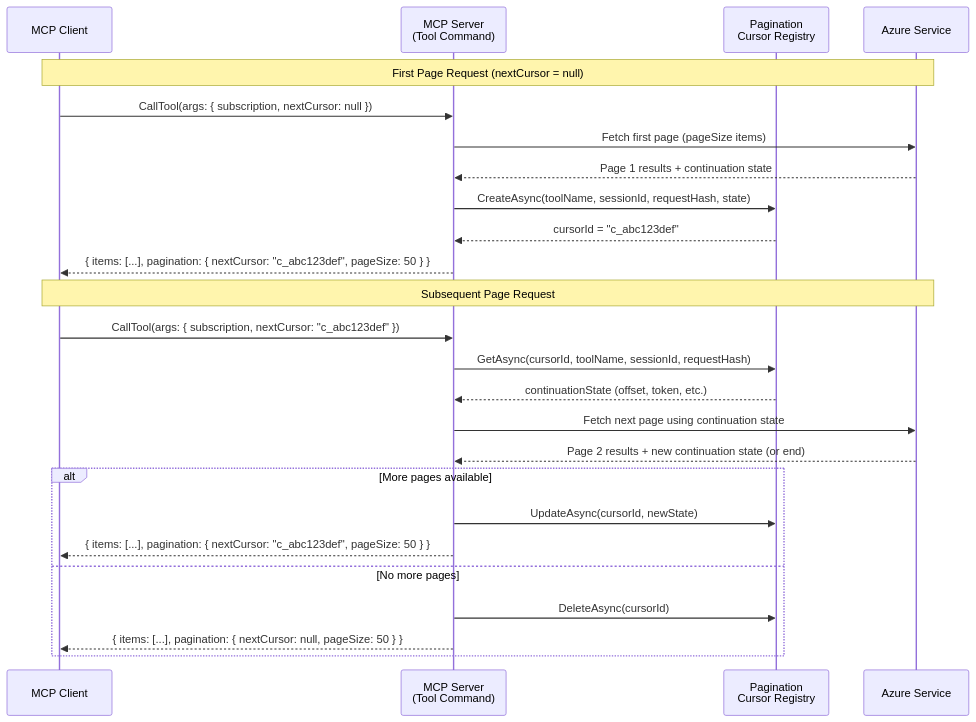
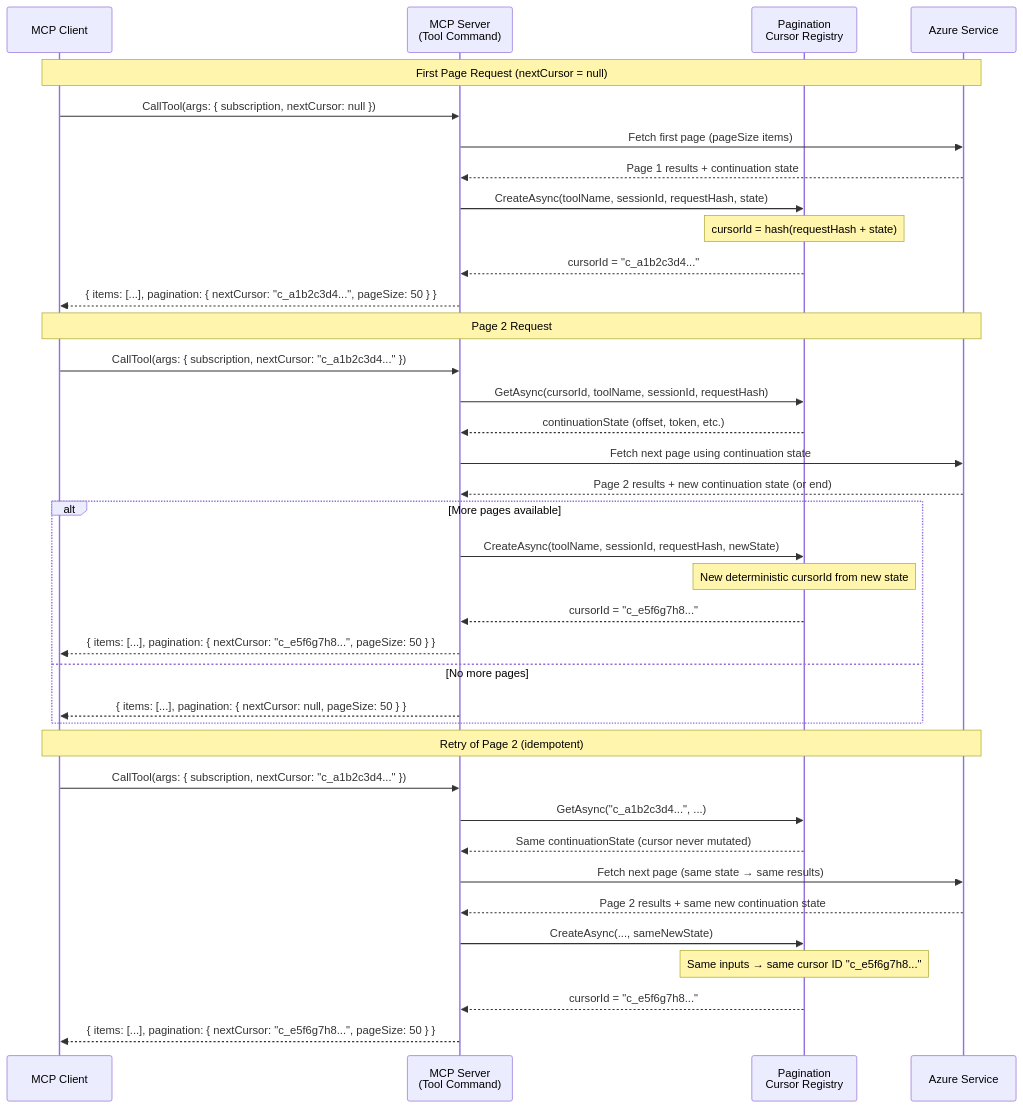
One commit to srnagar/mcp changed the third of 4 diagrams in docs/design/pagination-design-proposal.md. Above: the diagram before and after it, drawn with Mermaid. The commit also changed other lines of this file and 6 other files, not shown here.

````diff
--- a/docs/design/pagination-design-proposal.md
+++ b/docs/design/pagination-design-proposal.md
@@ -292,29 +309,42 @@
 ```mermaid
 sequenceDiagram
     participant Client as MCP Client
     participant Server as MCP Server<br/>(Tool Command)
     participant Registry as Pagination<br/>Cursor Registry
     participant Azure as Azure Service
 
     Note over Client,Azure: First Page Request (nextCursor = null)
     Client->>Server: CallTool(args: { subscription, nextCursor: null })
     Server->>Azure: Fetch first page (pageSize items)
     Azure-->>Server: Page 1 results + continuation state
     Server->>Registry: CreateAsync(toolName, sessionId, requestHash, state)
-    Registry-->>Server: cursorId = "c_abc123def"
-    Server-->>Client: { items: [...], pagination: { nextCursor: "c_abc123def", pageSize: 50 } }
+    Note over Registry: cursorId = hash(requestHash + state)
+    Registry-->>Server: cursorId = "c_a1b2c3d4..."
+    Server-->>Client: { items: [...], pagination: { nextCursor: "c_a1b2c3d4...", pageSize: 50 } }
 
-    Note over Client,Azure: Subsequent Page Request
-    Client->>Server: CallTool(args: { subscription, nextCursor: "c_abc123def" })
+    Note over Client,Azure: Page 2 Request
+    Client->>Server: CallTool(args: { subscription, nextCursor: "c_a1b2c3d4..." })
     Server->>Registry: GetAsync(cursorId, toolName, sessionId, requestHash)
     Registry-->>Server: continuationState (offset, token, etc.)
     Server->>Azure: Fetch next page using continuation state
     Azure-->>Server: Page 2 results + new continuation state (or end)
     alt More pages available
-        Server->>Registry: UpdateAsync(cursorId, newState)
-        Server-->>Client: { items: [...], pagination: { nextCursor: "c_abc123def", pageSize: 50 } }
+        Server->>Registry: CreateAsync(toolName, sessionId, requestHash, newState)
+        Note over Registry: New deterministic cursorId from new state
+        Registry-->>Server: cursorId = "c_e5f6g7h8..."
+        Server-->>Client: { items: [...], pagination: { nextCursor: "c_e5f6g7h8...", pageSize: 50 } }
     else No more pages
-        Server->>Registry: DeleteAsync(cursorId)
         Server-->>Client: { items: [...], pagination: { nextCursor: null, pageSize: 50 } }
     end
+
+    Note over Client,Azure: Retry of Page 2 (idempotent)
+    Client->>Server: CallTool(args: { subscription, nextCursor: "c_a1b2c3d4..." })
+    Server->>Registry: GetAsync("c_a1b2c3d4...", ...)
+    Registry-->>Server: Same continuationState (cursor never mutated)
+    Server->>Azure: Fetch next page (same state → same results)
+    Azure-->>Server: Page 2 results + same new continuation state
+    Server->>Registry: CreateAsync(..., sameNewState)
+    Note over Registry: Same inputs → same cursor ID "c_e5f6g7h8..."
+    Registry-->>Server: cursorId = "c_e5f6g7h8..."
+    Server-->>Client: { items: [...], pagination: { nextCursor: "c_e5f6g7h8...", pageSize: 50 } }
 ```
````
